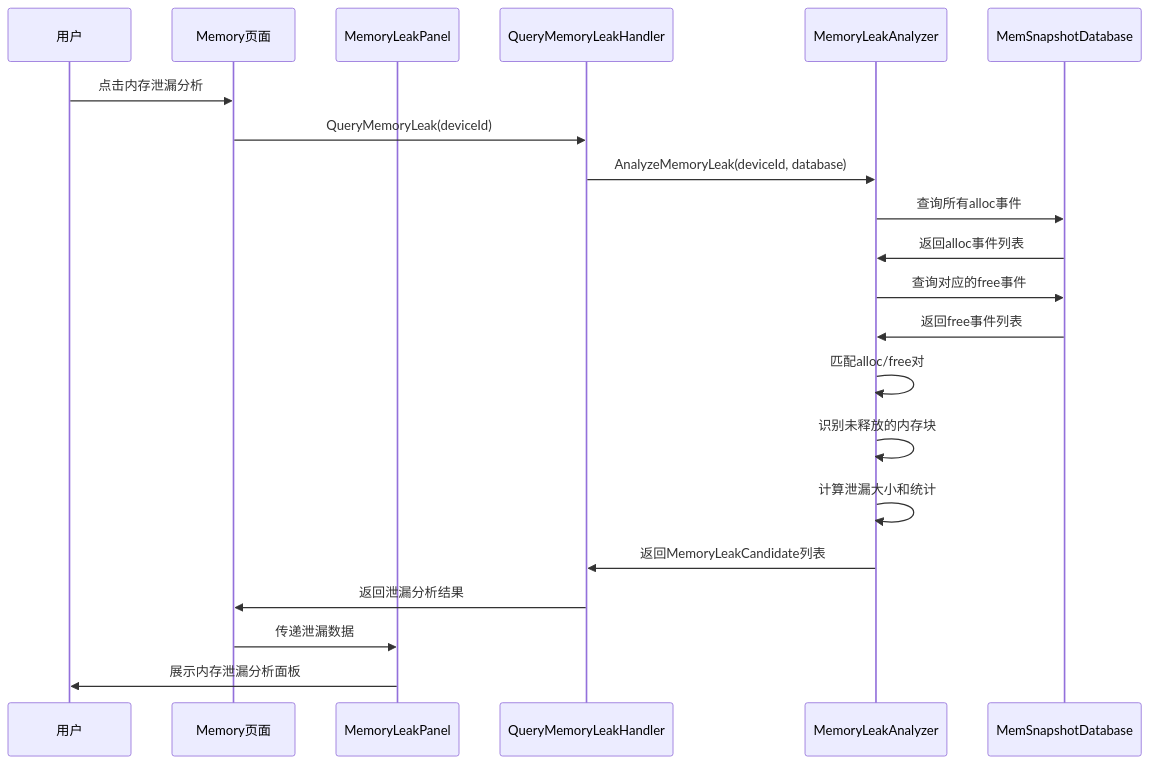
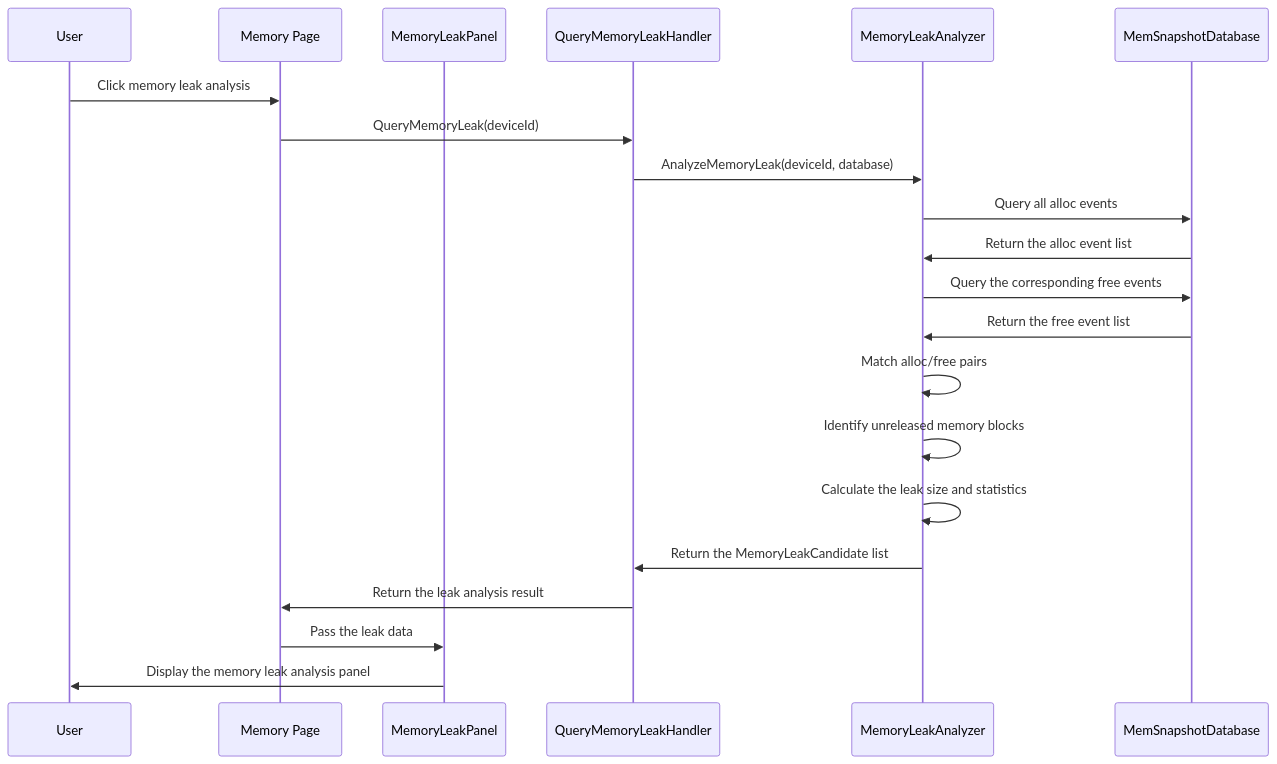
One commit to Ascend/msinsight changed the sixth of 8 diagrams in docs/en/development_guide/design/support_snapshot_analysis.md. Above: the diagram before and after it, drawn with Mermaid. The commit also changed other lines of this file and 323 other files, not shown here.

````diff
--- a/docs/en/development_guide/design/support_snapshot_analysis.md
+++ b/docs/en/development_guide/design/support_snapshot_analysis.md
@@ -410,24 +362,24 @@
 ```mermaid
 sequenceDiagram
-    participant User as 用户
-    participant MemoryPage as Memory页面
+    participant User as User
+    participant MemoryPage as Memory Page
     participant LeakPanel as MemoryLeakPanel
     participant LeakHandler as QueryMemoryLeakHandler
     participant LeakAnalyzer as MemoryLeakAnalyzer
     participant Database as MemSnapshotDatabase
 
-    User->>MemoryPage: 点击内存泄漏分析
+    User->>MemoryPage: Click memory leak analysis
     MemoryPage->>LeakHandler: QueryMemoryLeak(deviceId)
     LeakHandler->>LeakAnalyzer: AnalyzeMemoryLeak(deviceId, database)
-    LeakAnalyzer->>Database: 查询所有alloc事件
-    Database->>LeakAnalyzer: 返回alloc事件列表
-    LeakAnalyzer->>Database: 查询对应的free事件
-    Database->>LeakAnalyzer: 返回free事件列表
-    LeakAnalyzer->>LeakAnalyzer: 匹配alloc/free对
-    LeakAnalyzer->>LeakAnalyzer: 识别未释放的内存块
-    LeakAnalyzer->>LeakAnalyzer: 计算泄漏大小和统计
-    LeakAnalyzer->>LeakHandler: 返回MemoryLeakCandidate列表
-    LeakHandler->>MemoryPage: 返回泄漏分析结果
-    MemoryPage->>LeakPanel: 传递泄漏数据
-    LeakPanel->>User: 展示内存泄漏分析面板
+    LeakAnalyzer->>Database: Query all alloc events
+    Database->>LeakAnalyzer: Return the alloc event list
+    LeakAnalyzer->>Database: Query the corresponding free events
+    Database->>LeakAnalyzer: Return the free event list
+    LeakAnalyzer->>LeakAnalyzer: Match alloc/free pairs
+    LeakAnalyzer->>LeakAnalyzer: Identify unreleased memory blocks
+    LeakAnalyzer->>LeakAnalyzer: Calculate the leak size and statistics
+    LeakAnalyzer->>LeakHandler: Return the MemoryLeakCandidate list
+    LeakHandler->>MemoryPage: Return the leak analysis result
+    MemoryPage->>LeakPanel: Pass the leak data
+    LeakPanel->>User: Display the memory leak analysis panel
 ```
````
